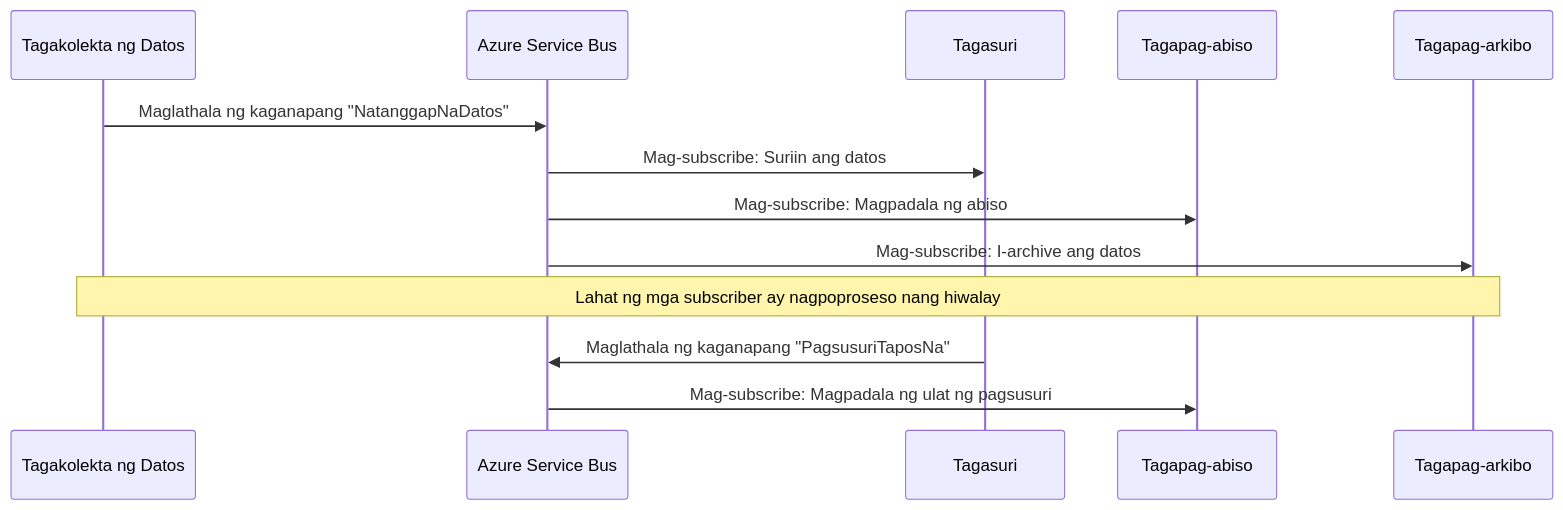
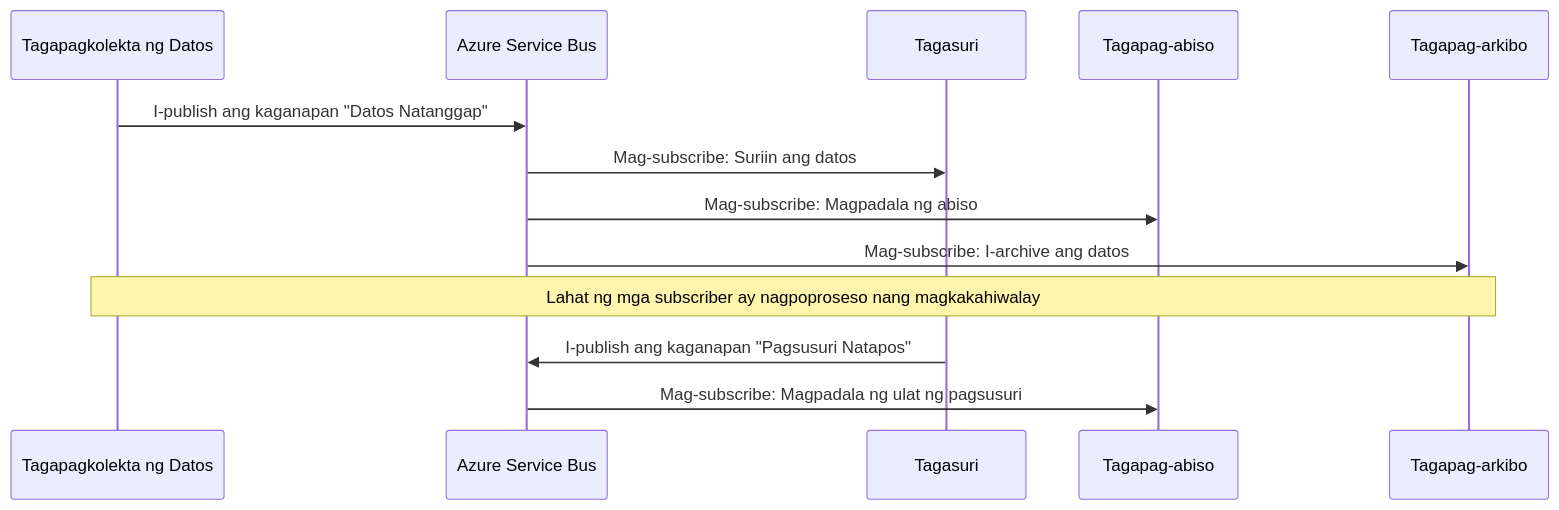
The third of 5 diagrams in translations/tl/docs/chapter-06-pre-deployment/coordination-patterns.md (microsoft/AZD-for-beginners), drawn with Mermaid before and after one commit. The commit also changed other lines of this file and 101 other files, not shown here.

````diff
--- a/translations/tl/docs/chapter-06-pre-deployment/coordination-patterns.md
+++ b/translations/tl/docs/chapter-06-pre-deployment/coordination-patterns.md
@@ -191,18 +185,18 @@
 ```mermaid
 sequenceDiagram
-    participant Agent1 as Tagakolekta ng Datos
+    participant Agent1 as Tagapagkolekta ng Datos
     participant EventBus as Azure Service Bus
     participant Agent2 as Tagasuri
     participant Agent3 as Tagapag-abiso
     participant Agent4 as Tagapag-arkibo
     
-    Agent1->>EventBus: Maglathala ng kaganapang "NatanggapNaDatos"
+    Agent1->>EventBus: I-publish ang kaganapan "Datos Natanggap"
     EventBus->>Agent2: Mag-subscribe: Suriin ang datos
     EventBus->>Agent3: Mag-subscribe: Magpadala ng abiso
     EventBus->>Agent4: Mag-subscribe: I-archive ang datos
     
-    Note over Agent1,Agent4: Lahat ng mga subscriber ay nagpoproseso nang hiwalay
+    Note over Agent1,Agent4: Lahat ng mga subscriber ay nagpoproseso nang magkakahiwalay
     
-    Agent2->>EventBus: Maglathala ng kaganapang "PagsusuriTaposNa"
+    Agent2->>EventBus: I-publish ang kaganapan "Pagsusuri Natapos"
     EventBus->>Agent3: Mag-subscribe: Magpadala ng ulat ng pagsusuri
 ```
````
